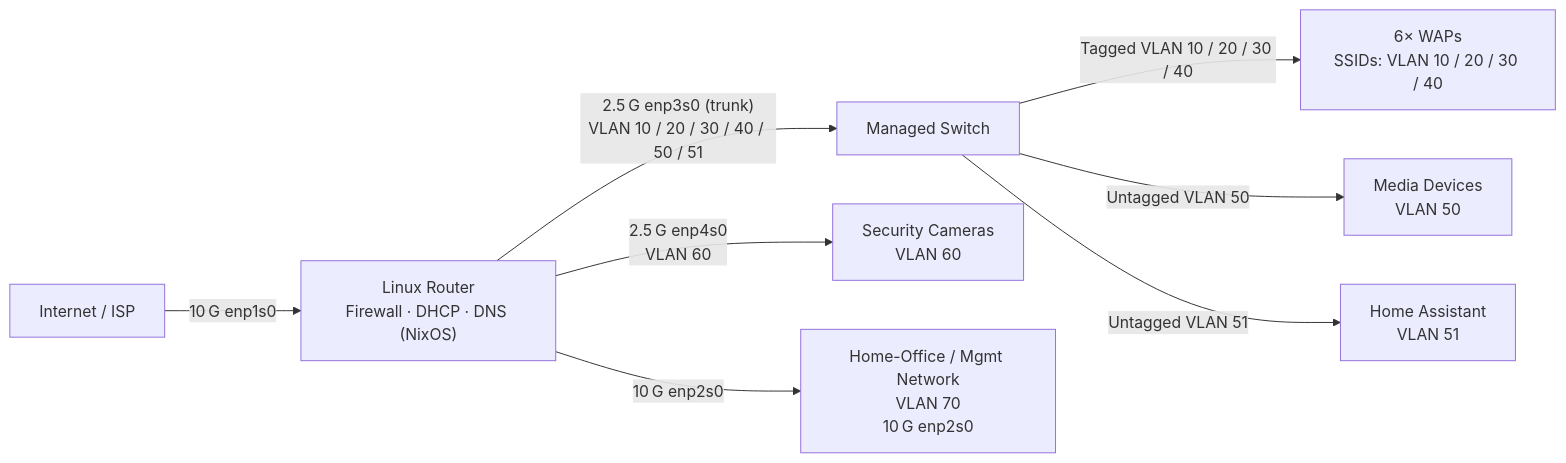
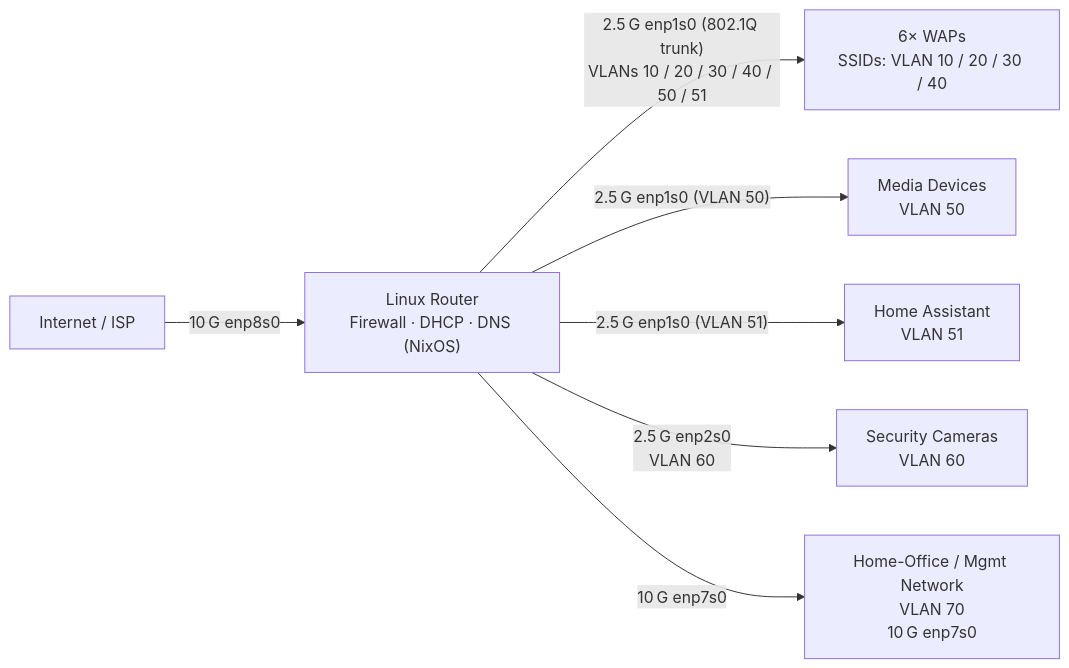
One commit to GEMISIS/home-network-setup changed the diagram in README.md. Above: the diagram before and after it, drawn with Mermaid. The commit also changed 4 other files, not shown here.

Commit message:
Remove core switch and update VLAN topology

````diff
--- a/README.md
+++ b/README.md
@@ -19,23 +21,20 @@
 ```mermaid
 flowchart LR
     %% ── Nodes ────────────────────────────────────────────────
     ISP["Internet / ISP"]
     Router["Linux Router<br/>Firewall · DHCP · DNS (NixOS)"]
-    SwitchNode["Managed Switch"]
     WAPs["6× WAPs<br/>SSIDs: VLAN 10 / 20 / 30 / 40"]
     Media["Media Devices<br/>VLAN 50"]
     HA["Home Assistant<br/>VLAN 51"]
     Cameras["Security Cameras<br/>VLAN 60"]
-    HomeOffice["Home-Office / Mgmt Network<br/>VLAN 70<br/>10 G enp2s0"]
+    HomeOffice["Home-Office / Mgmt Network<br/>VLAN 70<br/>10 G enp7s0"]
 
     %% ── Links ────────────────────────────────────────────────
-    ISP -->|"10 G enp1s0"| Router
+    ISP -->|"10 G enp8s0"| Router
 
-    Router -->|"2.5 G enp3s0 (trunk)<br/>VLAN 10 / 20 / 30 / 40 / 50 / 51"| SwitchNode
-    Router -->|"2.5 G enp4s0<br/>VLAN 60"| Cameras
-    Router -->|"10 G enp2s0"| HomeOffice
-
-    SwitchNode -->|"Tagged VLAN 10 / 20 / 30 / 40"| WAPs
-    SwitchNode -->|"Untagged VLAN 50"| Media
-    SwitchNode -->|"Untagged VLAN 51"| HA
+    Router -->|"2.5 G enp1s0 (802.1Q trunk)<br/>VLANs 10 / 20 / 30 / 40 / 50 / 51"| WAPs
+    Router -->|"2.5 G enp1s0 (VLAN 50)"| Media
+    Router -->|"2.5 G enp1s0 (VLAN 51)"| HA
+    Router -->|"2.5 G enp2s0<br/>VLAN 60"| Cameras
+    Router -->|"10 G enp7s0"| HomeOffice
 ```
````
